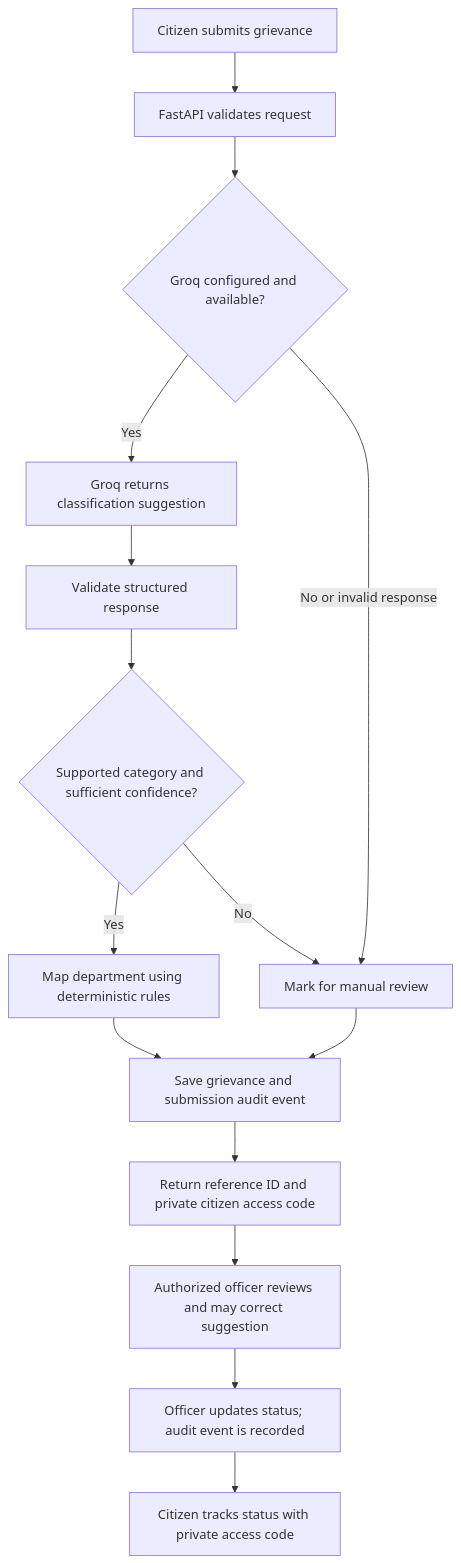
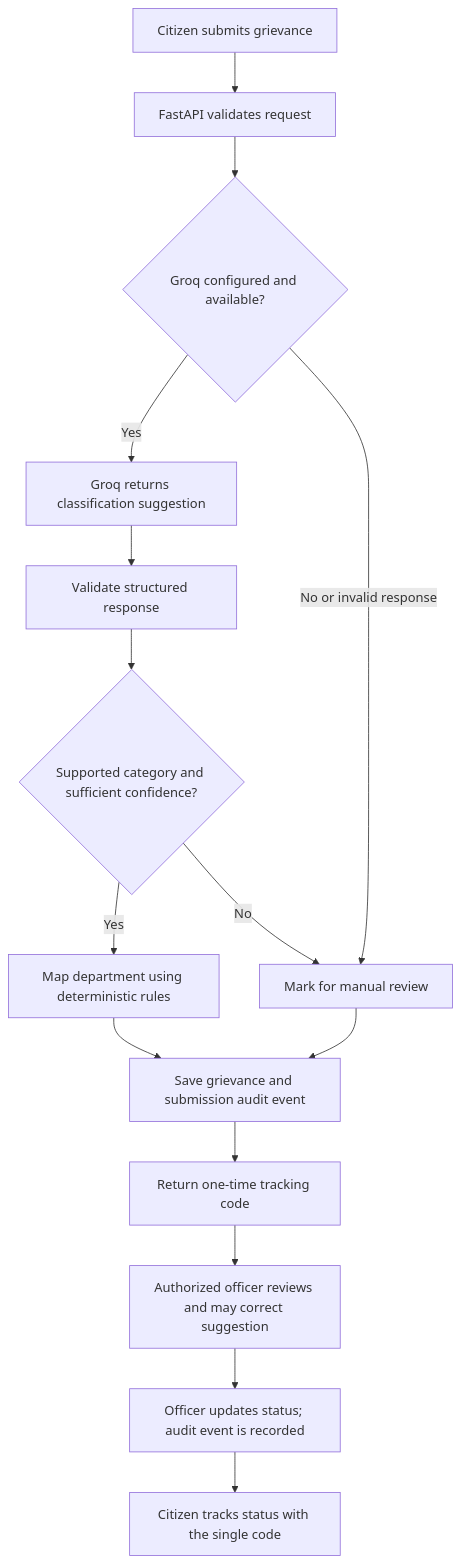
Before and after one commit to deepak-05dktopG/ai-grievance-management-system: the second of 2 diagrams in README.md, drawn with Mermaid. The commit also changed other lines of this file and 13 other files, not shown here.

Commit message:
feat: simplify citizen tracking and update portal branding

````diff
--- a/README.md
+++ b/README.md
@@ -75,17 +75,17 @@
 ```mermaid
 flowchart TD
     A[Citizen submits grievance] --> B[FastAPI validates request]
     B --> C{Groq configured and available?}
     C -->|Yes| D[Groq returns classification suggestion]
     C -->|No or invalid response| E[Mark for manual review]
     D --> F[Validate structured response]
     F --> G{Supported category and sufficient confidence?}
     G -->|Yes| H[Map department using deterministic rules]
     G -->|No| E
     H --> I[Save grievance and submission audit event]
     E --> I
-    I --> J[Return reference ID and private citizen access code]
+    I --> J[Return one-time tracking code]
     J --> K[Authorized officer reviews and may correct suggestion]
     K --> L[Officer updates status; audit event is recorded]
-    L --> M[Citizen tracks status with private access code]
+    L --> M[Citizen tracks status with the single code]
 ```
````
